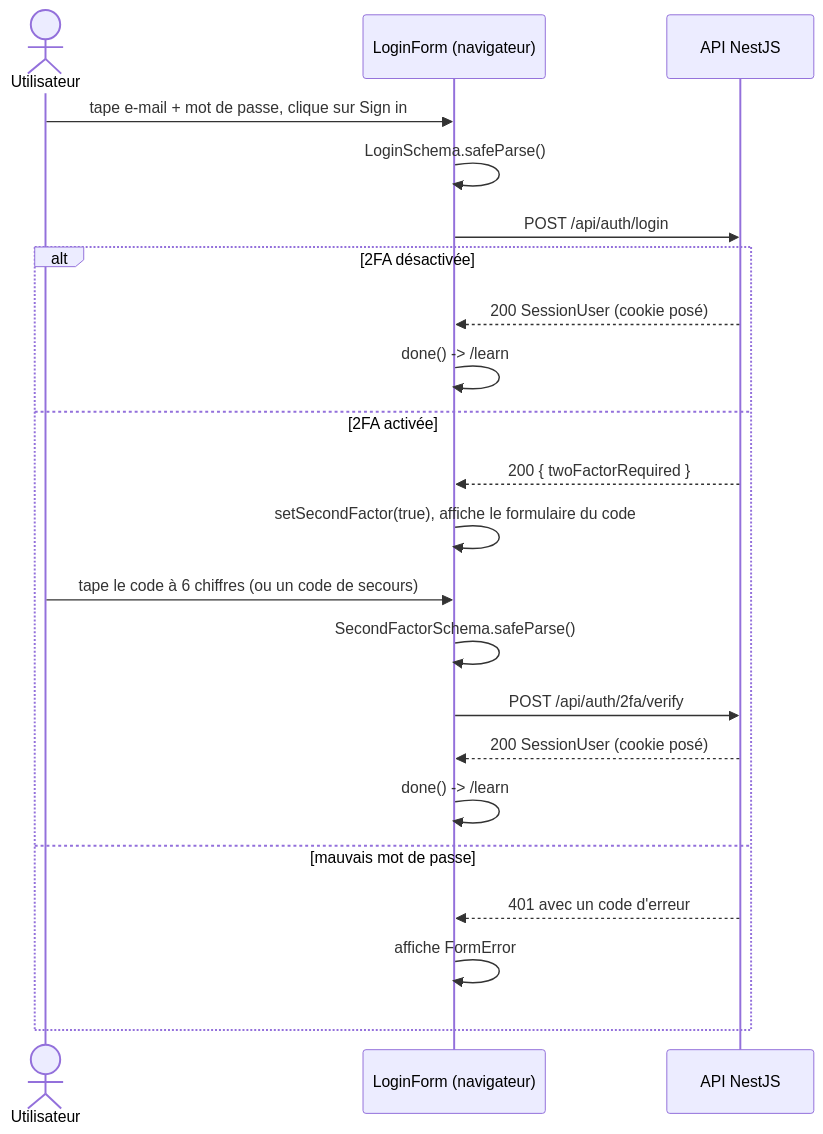
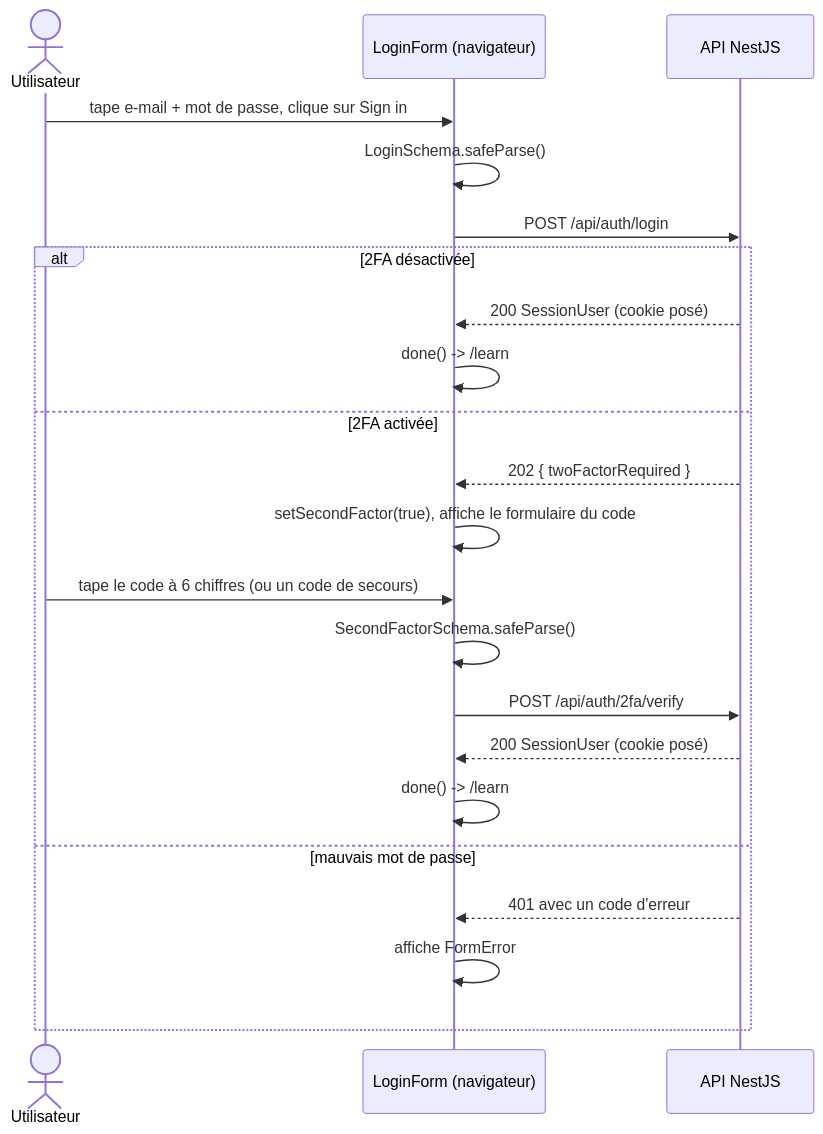
One commit to VictorBro/ft_transcendence changed the second of 5 diagrams in docs-fr/web/05-account-pages.md. Above: the diagram before and after it, drawn with Mermaid. The commit also changed other lines of this file and 31 other files, not shown here.

````diff
--- a/docs-fr/web/05-account-pages.md
+++ b/docs-fr/web/05-account-pages.md
@@ -309,24 +311,24 @@
 ```mermaid
 sequenceDiagram
   actor U as Utilisateur
   participant F as LoginForm (navigateur)
   participant API as API NestJS
   U->>F: tape e-mail + mot de passe, clique sur Sign in
   F->>F: LoginSchema.safeParse()
   F->>API: POST /api/auth/login
   alt 2FA désactivée
     API-->>F: 200 SessionUser (cookie posé)
     F->>F: done() -> /learn
   else 2FA activée
-    API-->>F: 200 { twoFactorRequired }
+    API-->>F: 202 { twoFactorRequired }
     F->>F: setSecondFactor(true), affiche le formulaire du code
     U->>F: tape le code à 6 chiffres (ou un code de secours)
     F->>F: SecondFactorSchema.safeParse()
     F->>API: POST /api/auth/2fa/verify
     API-->>F: 200 SessionUser (cookie posé)
     F->>F: done() -> /learn
   else mauvais mot de passe
     API-->>F: 401 avec un code d'erreur
     F->>F: affiche FormError
   end
 ```
````
